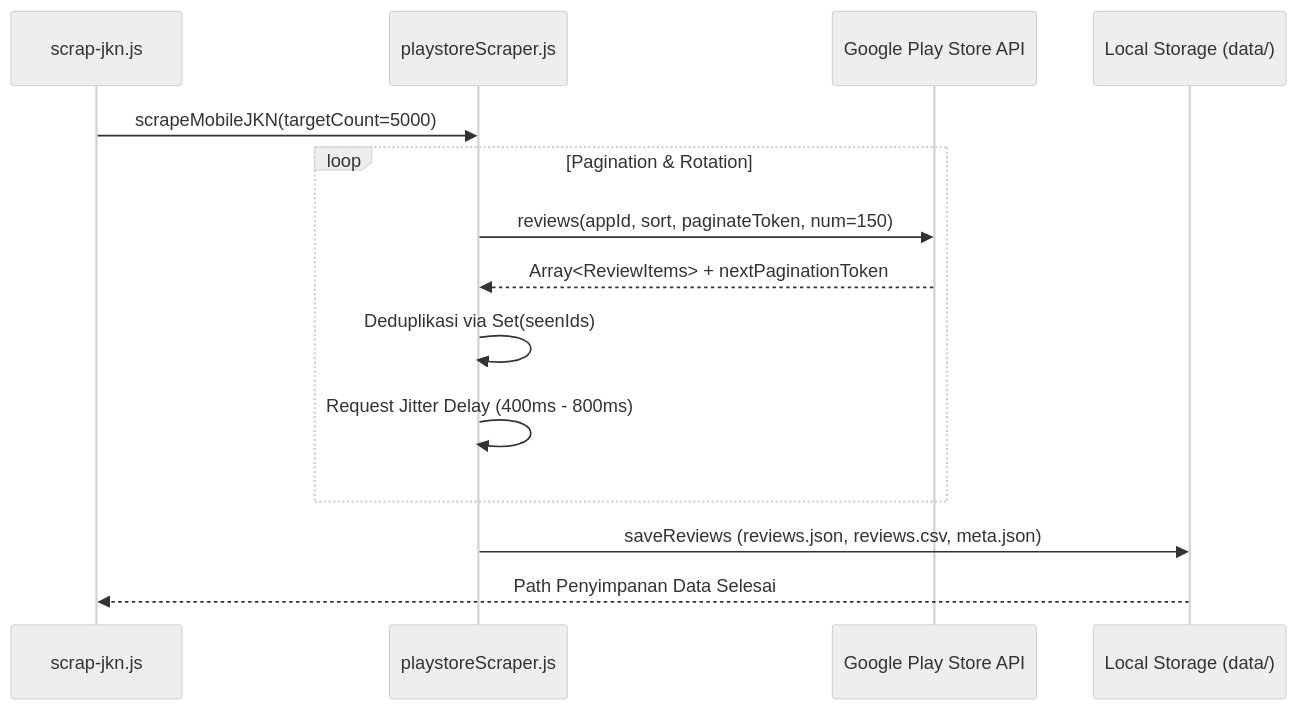
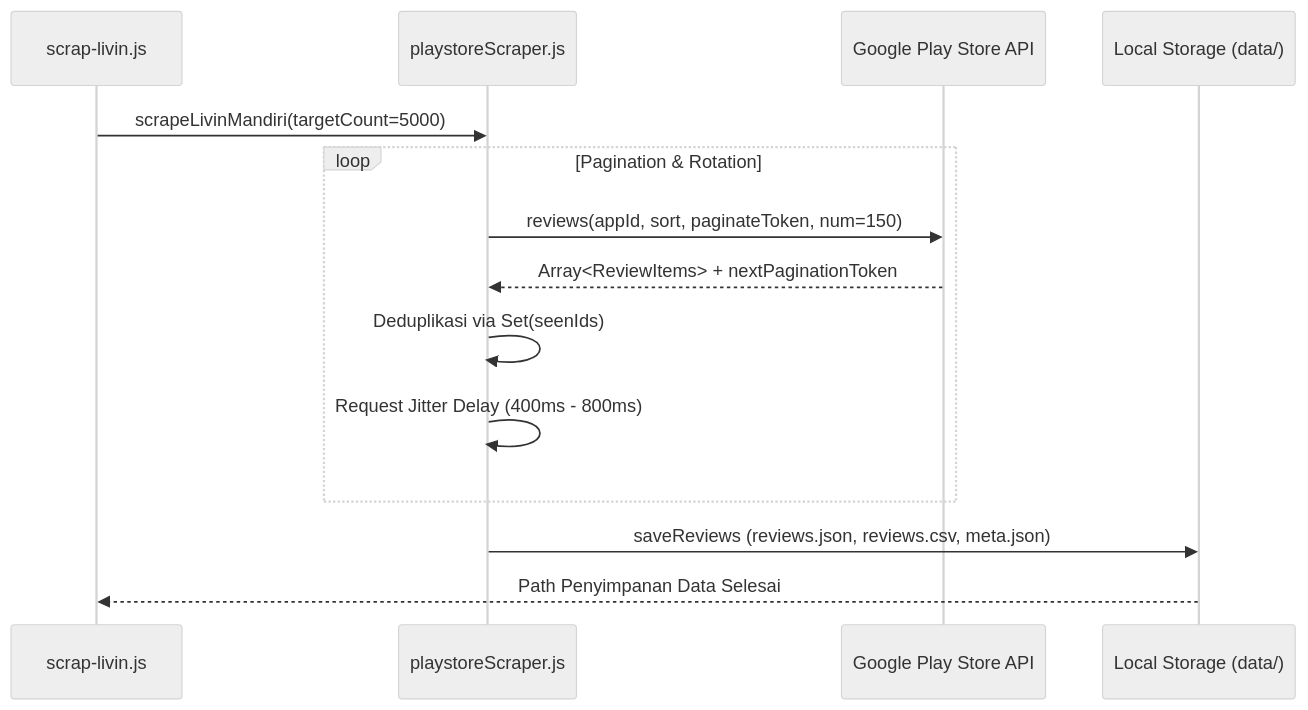
One commit to presidendjakarta/Binus-s2-Business-Intelligence-and-Analytics-TK changed the third of 7 diagrams in docs/01_metodologi_crisp_dm.md. Above: the diagram before and after it, drawn with Mermaid (neutral theme). The commit also changed other lines of this file and 57 other files, not shown here.

````diff
--- a/docs/01_metodologi_crisp_dm.md
+++ b/docs/01_metodologi_crisp_dm.md
@@ -119,17 +119,17 @@
 ```mermaid
 sequenceDiagram
-    participant CLI as scrap-jkn.js
+    participant CLI as scrap-livin.js
     participant Scraper as playstoreScraper.js
     participant PlayStore as Google Play Store API
     participant FS as Local Storage (data/)
 
-    CLI->>Scraper: scrapeMobileJKN(targetCount=5000)
+    CLI->>Scraper: scrapeLivinMandiri(targetCount=5000)
     loop Pagination & Rotation
         Scraper->>PlayStore: reviews(appId, sort, paginateToken, num=150)
         PlayStore-->>Scraper: Array<ReviewItems> + nextPaginationToken
         Scraper->>Scraper: Deduplikasi via Set(seenIds)
         Scraper->>Scraper: Request Jitter Delay (400ms - 800ms)
     end
     Scraper->>FS: saveReviews (reviews.json, reviews.csv, meta.json)
     FS-->>CLI: Path Penyimpanan Data Selesai
 ```
````
